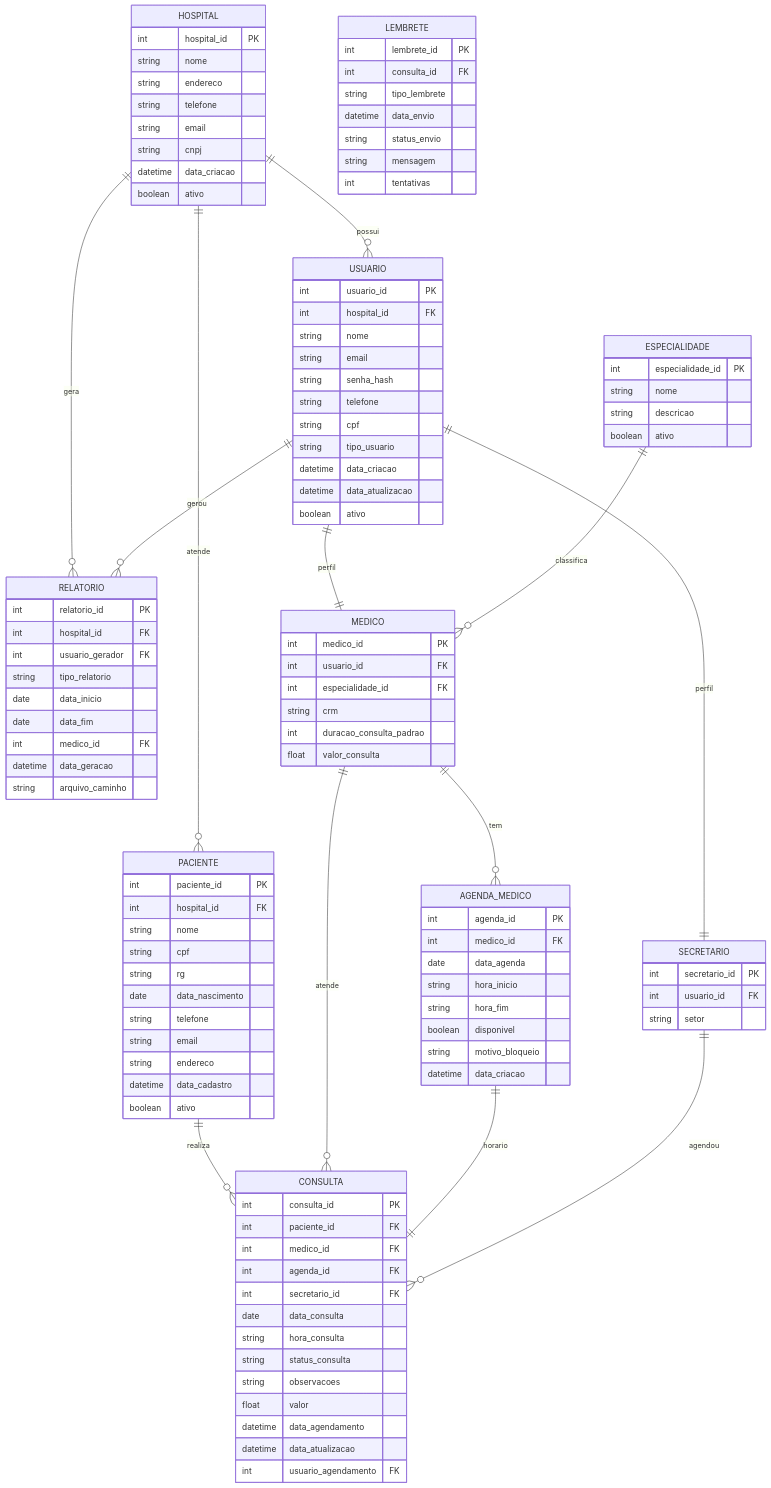
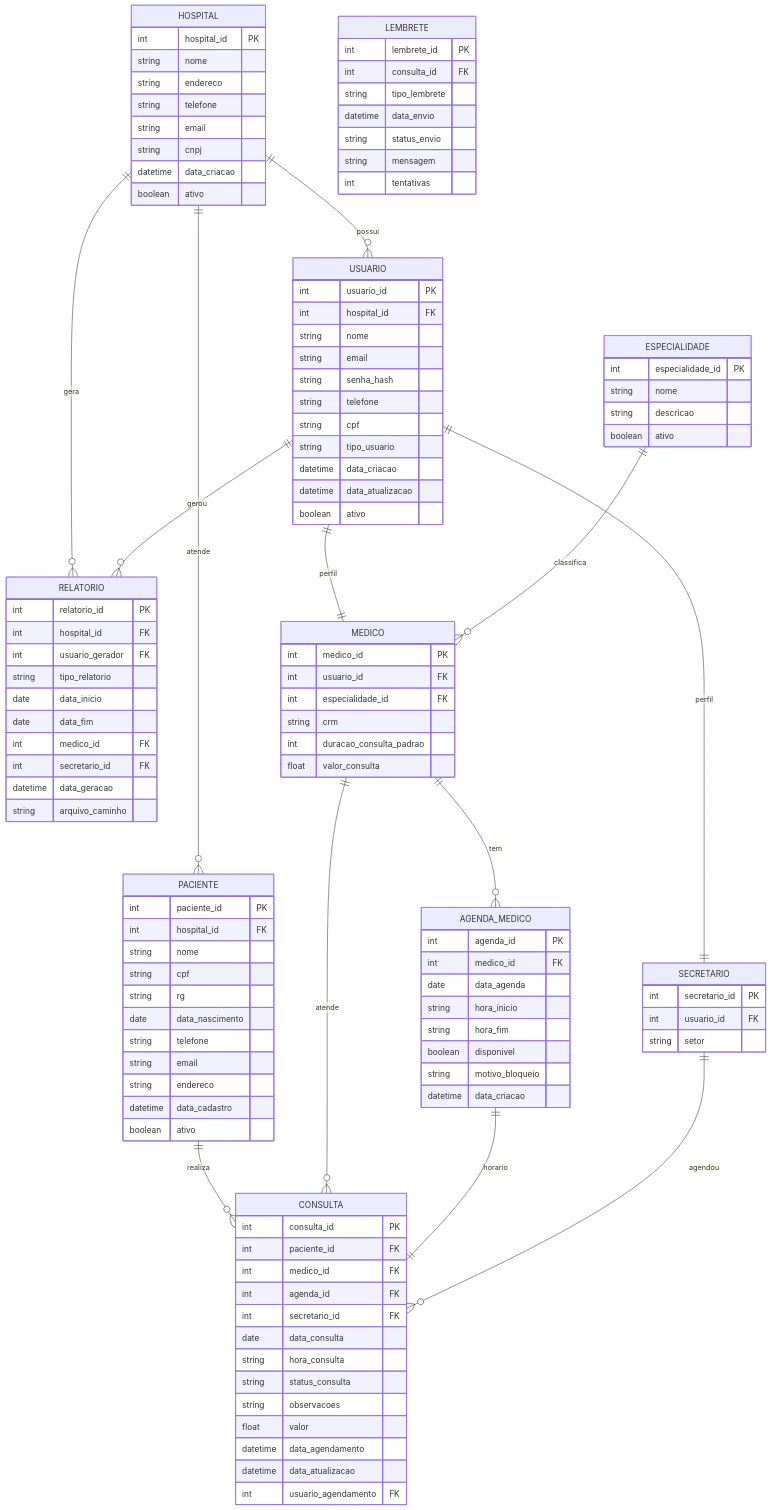
Before and after one commit to mateus-s-a/IFMT_Eng_Computacao: the diagram in Extensao-I/AgenMedi-Personal/DER_AgenMedi_2025-09-17.md, drawn with Mermaid.

Commit message:
create/update 'DER_AgenMedi_2025-09-17.md' file

```diff
--- a/Extensao-I/AgenMedi-Personal/DER_AgenMedi_2025-09-17.md
+++ b/Extensao-I/AgenMedi-Personal/DER_AgenMedi_2025-09-17.md
@@ -119,6 +119,7 @@
       date data_inicio
       date data_fim
       int medico_id FK
+      int secretario_id FK
       datetime data_geracao
       string arquivo_caminho
     }
```
